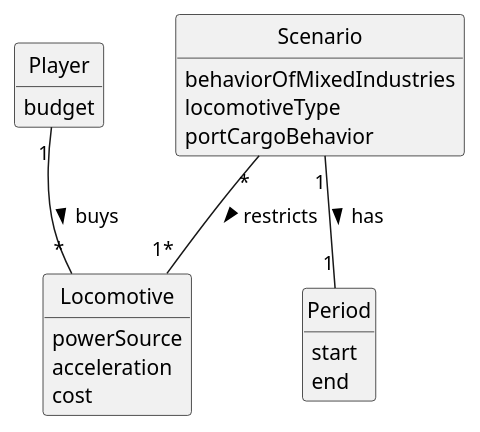
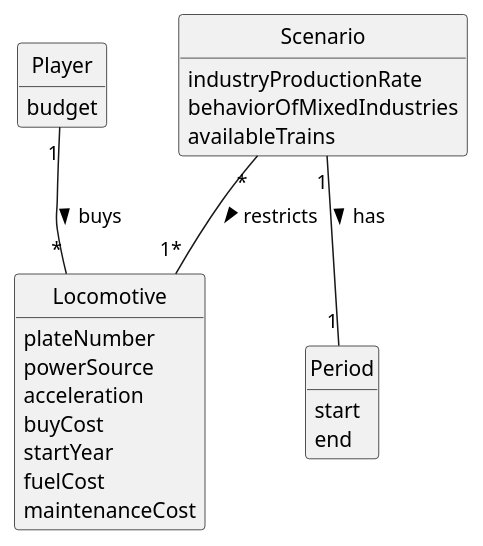
One commit to 1240826/empire-on-tracks changed the diagram in docs/system-documentation/US009/02.analysis/puml/US009-DM.puml. Above: the diagram before and after it, drawn with PlantUML. The commit also changed 10 other files, not shown here.

```diff
--- a/docs/system-documentation/US009/02.analysis/puml/US009-DM.puml
+++ b/docs/system-documentation/US009/02.analysis/puml/US009-DM.puml
@@ -1,38 +1,42 @@
 @startuml
 skinparam monochrome true
 skinparam packageStyle rectangle
 skinparam shadowing false
 
 skinparam classAttributeIconSize 0
 
 hide circle
 hide methods
 
 'title Domain Model for US009 - Buy a Locomotive
 
 class Player {
     budget
 }
 
 class Locomotive {
-    powerSource
-    acceleration
-    cost
+        plateNumber
+        powerSource
+        acceleration
+        buyCost
+        startYear
+        fuelCost
+        maintenanceCost
 }
 
 class Scenario {
+    industryProductionRate
     behaviorOfMixedIndustries
-    locomotiveType
-    portCargoBehavior
+    availableTrains
 }
 
 class Period {
     start
     end
 }
 
 Player "1" -- "*" Locomotive : buys >
 Scenario "*" -- "1*" Locomotive : restricts >
 Scenario "1" -- "1" Period : has >
 
 @enduml
```
